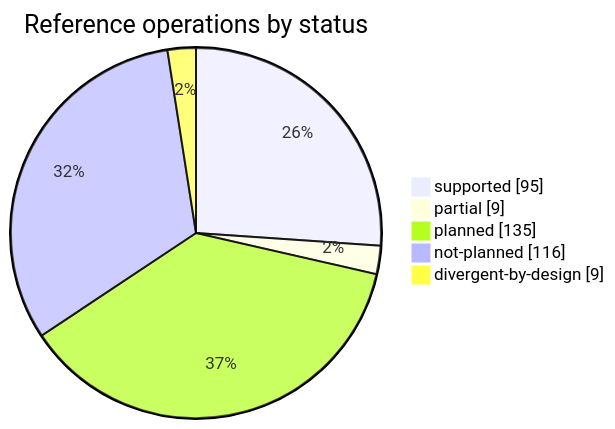
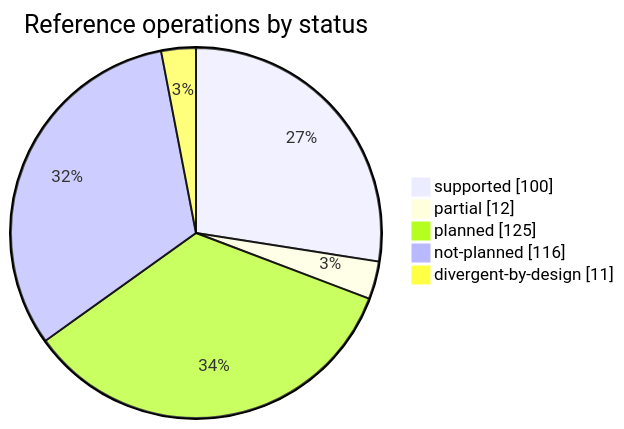
One commit to rafaelvieiras/tinyfin changed the first of 2 diagrams in docs/COVERAGE.md. Above: the diagram before and after it, drawn with Mermaid. The commit also changed other lines of this file and 28 other files, not shown here.

````diff
--- a/docs/COVERAGE.md
+++ b/docs/COVERAGE.md
@@ -32,8 +32,8 @@
 ```mermaid
 pie showData title Reference operations by status
-    "supported" : 95
-    "partial" : 9
-    "planned" : 135
+    "supported" : 100
+    "partial" : 12
+    "planned" : 125
     "not-planned" : 116
-    "divergent-by-design" : 9
+    "divergent-by-design" : 11
 ```
````
